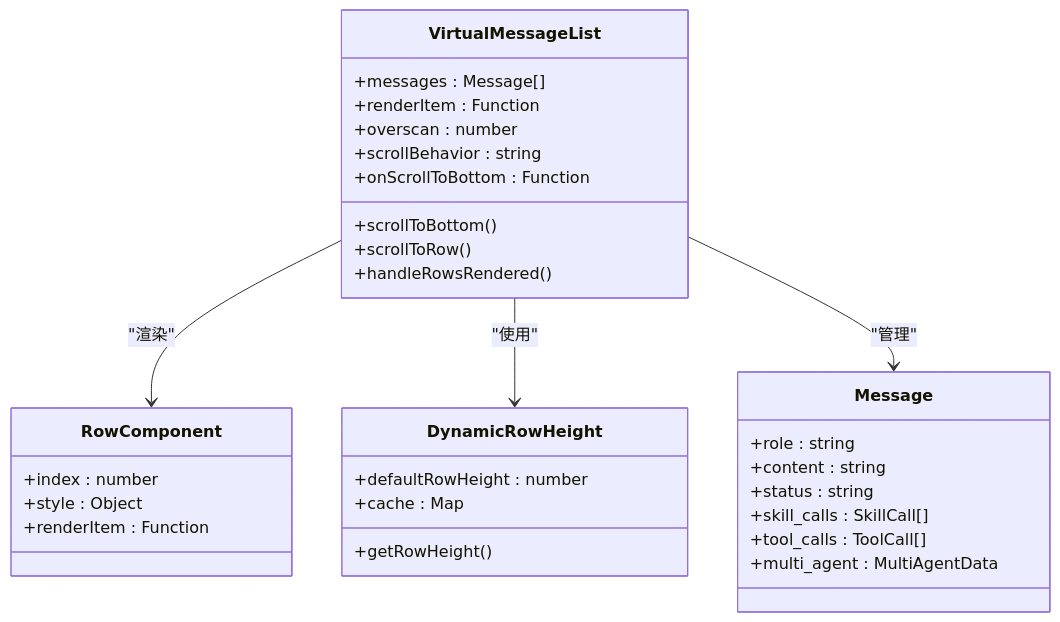
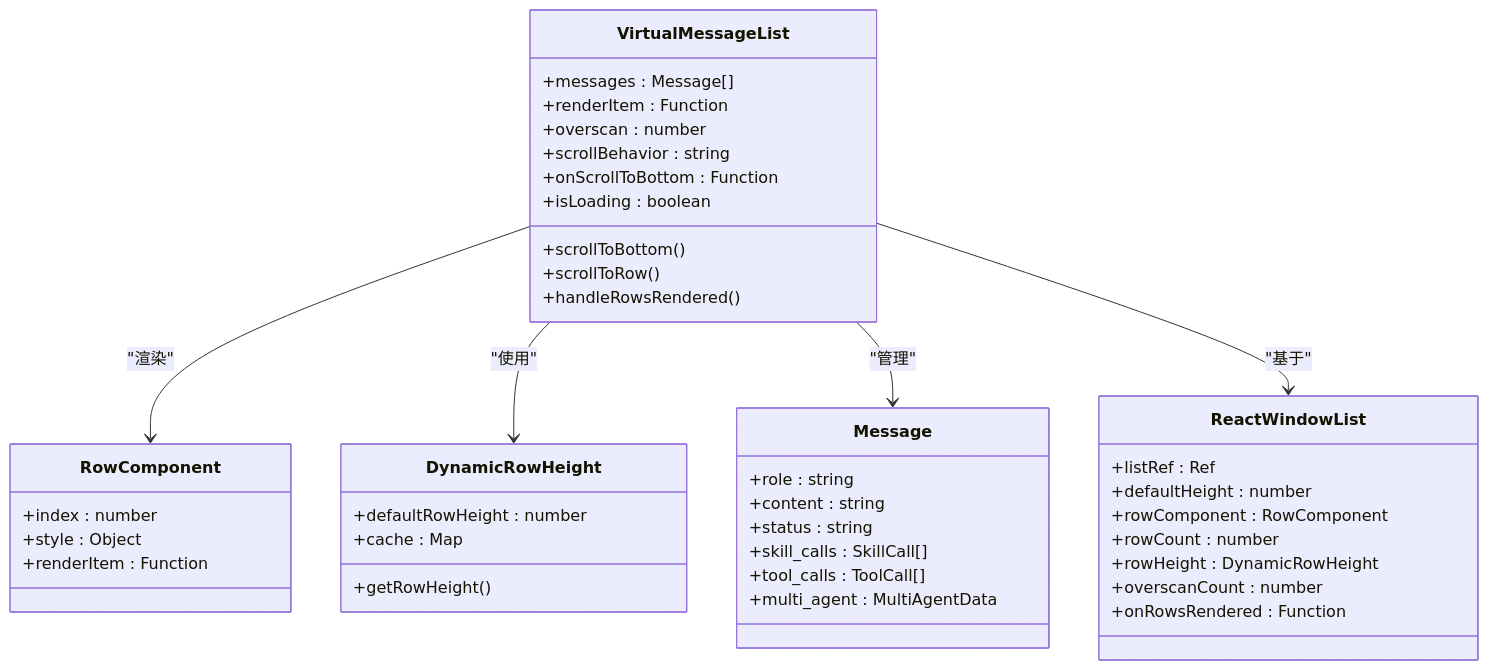
One commit to KunLabAI/KunFlix changed the third of 6 diagrams in .qoder/repowiki/zh/content/前端应用架构/UI组件库/虚拟化聊天渲染.md. Above: the diagram before and after it, drawn with Mermaid. The commit also changed other lines of this file and 22 other files, not shown here.

````diff
--- a/.qoder/repowiki/zh/content/前端应用架构/UI组件库/虚拟化聊天渲染.md
+++ b/.qoder/repowiki/zh/content/前端应用架构/UI组件库/虚拟化聊天渲染.md
@@ -174,34 +197,45 @@
 ```mermaid
 classDiagram
 class VirtualMessageList {
 +messages : Message[]
 +renderItem : Function
 +overscan : number
 +scrollBehavior : string
 +onScrollToBottom : Function
++isLoading : boolean
 +scrollToBottom()
 +scrollToRow()
 +handleRowsRendered()
 }
 class RowComponent {
 +index : number
 +style : Object
 +renderItem : Function
 }
 class DynamicRowHeight {
 +defaultRowHeight : number
 +getRowHeight()
 +cache : Map
 }
 class Message {
 +role : string
 +content : string
 +status : string
 +skill_calls : SkillCall[]
 +tool_calls : ToolCall[]
 +multi_agent : MultiAgentData
 }
+class ReactWindowList {
++listRef : Ref
++defaultHeight : number
++rowComponent : RowComponent
++rowCount : number
++rowHeight : DynamicRowHeight
++overscanCount : number
++onRowsRendered : Function
+}
 VirtualMessageList --> RowComponent : "渲染"
 VirtualMessageList --> DynamicRowHeight : "使用"
 VirtualMessageList --> Message : "管理"
+VirtualMessageList --> ReactWindowList : "基于"
 ```
````
